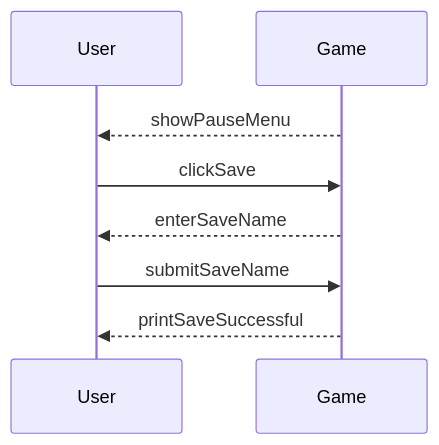
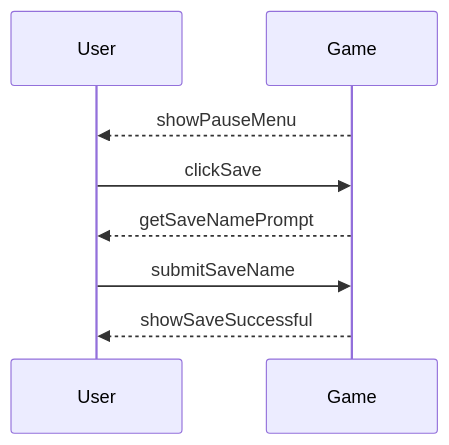
Before and after one commit to Shamdan17/Bricking_Bad: the diagram in docs/system-sequence-diagrams/save-the-game.md, drawn with Mermaid. The commit also changed 14 other files, not shown here.

````diff
--- a/docs/system-sequence-diagrams/save-the-game.md
+++ b/docs/system-sequence-diagrams/save-the-game.md
@@ -3,11 +3,11 @@
 ```mermaid
 sequenceDiagram
 participant User
 participant Game
 Game-->> User: showPauseMenu
 User->> Game: clickSave
-Game-->>User: enterSaveName
+Game-->>User: getSaveNamePrompt
 User->> Game: submitSaveName
-Game-->>User: printSaveSuccessful
+Game-->>User: showSaveSuccessful
 
 ```
````
